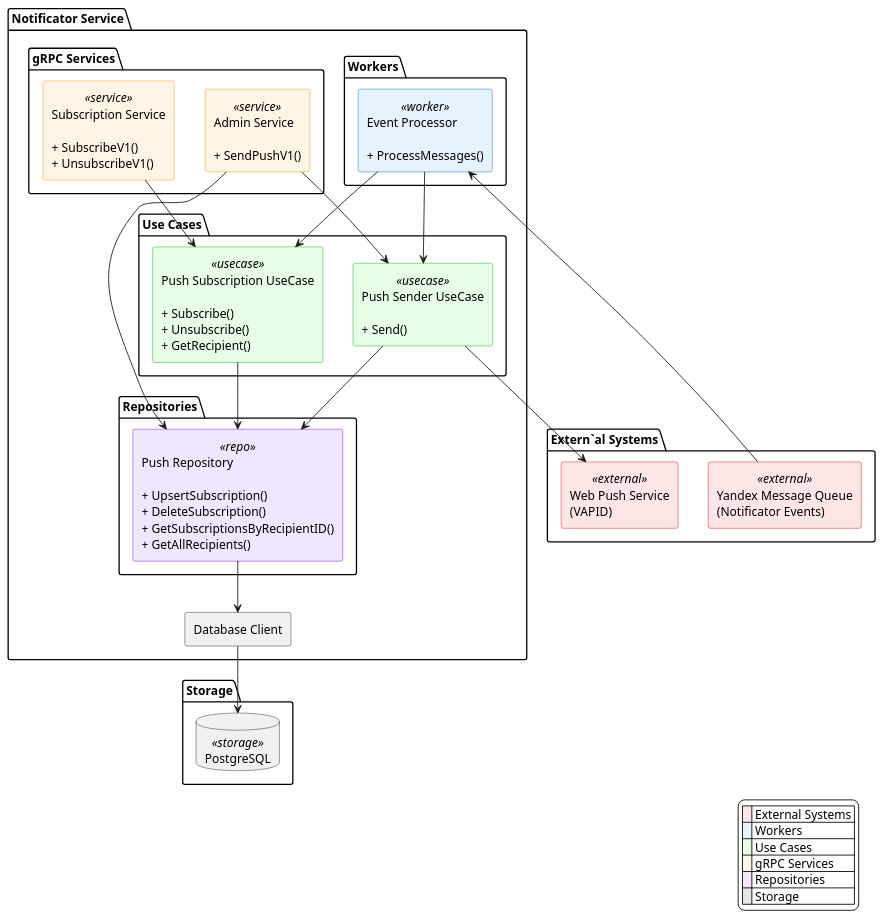
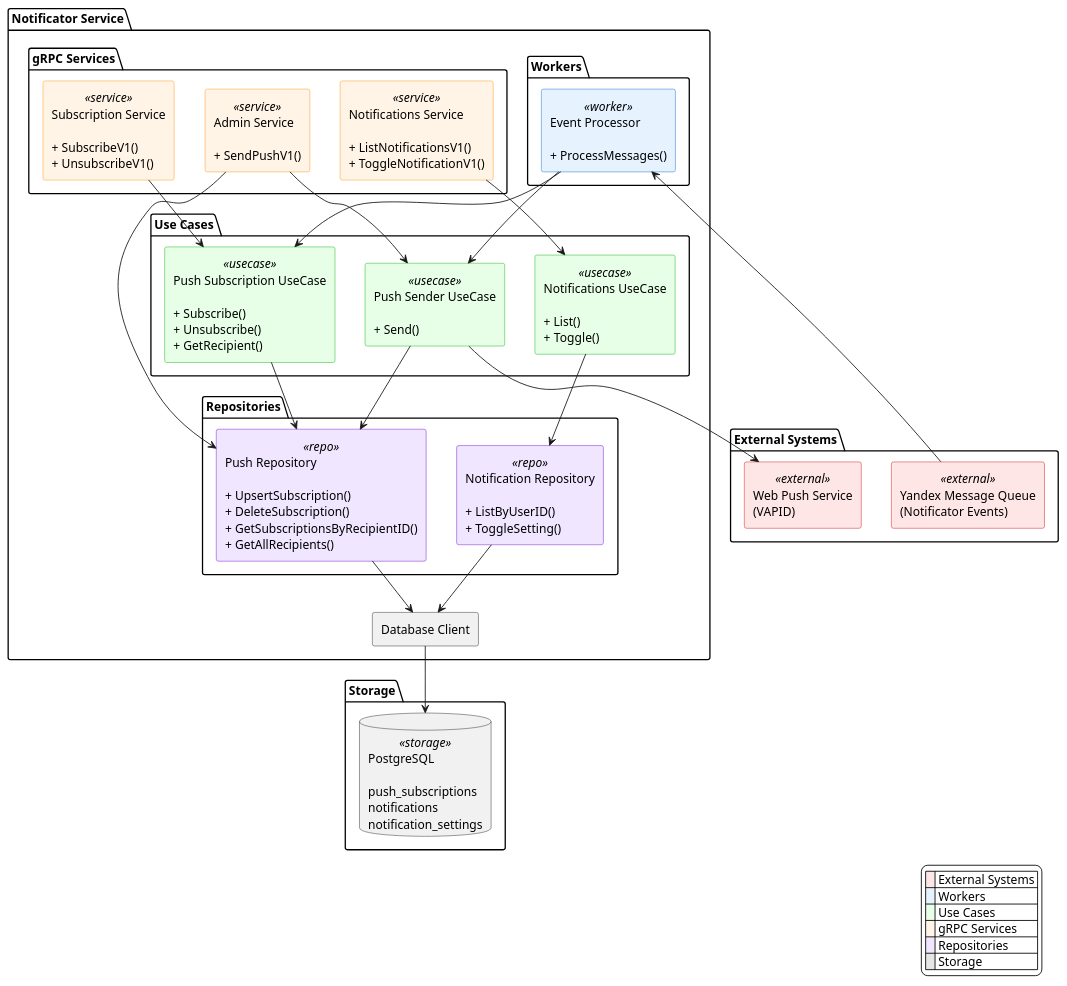
Before and after one commit to Doremi203/personage: the diagram in backend/notificator/architecture.puml, drawn with PlantUML. The commit also changed 14 other files, not shown here.

```diff
--- a/backend/notificator/architecture.puml
+++ b/backend/notificator/architecture.puml
@@ -1,95 +1,101 @@
 @startuml Notificator Service Architecture
 
 ' Styling
 skinparam componentStyle rectangle
 skinparam backgroundColor #FFFFFF
 skinparam component {
     BackgroundColor<<external>> #FFE6E6
     BorderColor<<external>> #CC0000
     BackgroundColor<<worker>> #E6F3FF
     BorderColor<<worker>> #0066CC
     BackgroundColor<<usecase>> #E6FFE6
     BorderColor<<usecase>> #00AA00
     BackgroundColor<<service>> #FFF4E6
     BorderColor<<service>> #FF8C00
     BackgroundColor<<repo>> #F0E6FF
     BorderColor<<repo>> #6600CC
     BackgroundColor<<storage>> #E6E6E6
     BorderColor<<storage>> #666666
 }
 
 ' External Systems
-package "Extern`al Systems" {
+package "External Systems" {
     component "Yandex Message Queue\n(Notificator Events)" as sqs <<external>>
     component "Web Push Service\n(VAPID)" as webpush <<external>>
 }
 
 ' Main Application
 package "Notificator Service" {
 
     ' Workers
     package "Workers" {
         component "Event Processor\n\n+ ProcessMessages()" as events_worker <<worker>>
     }
 
     ' gRPC Services
     package "gRPC Services" {
         component "Subscription Service\n\n+ SubscribeV1()\n+ UnsubscribeV1()" as subscription_service <<service>>
         component "Admin Service\n\n+ SendPushV1()" as admin_service <<service>>
+        component "Notifications Service\n\n+ ListNotificationsV1()\n+ ToggleNotificationV1()" as notifications_service <<service>>
     }
 
     ' Use Cases
     package "Use Cases" {
         component "Push Subscription UseCase\n\n+ Subscribe()\n+ Unsubscribe()\n+ GetRecipient()" as push_subscription_uc <<usecase>>
         component "Push Sender UseCase\n\n+ Send()" as push_sender_uc <<usecase>>
+        component "Notifications UseCase\n\n+ List()\n+ Toggle()" as notifications_uc <<usecase>>
     }
 
     ' Repositories
     package "Repositories" {
         component "Push Repository\n\n+ UpsertSubscription()\n+ DeleteSubscription()\n+ GetSubscriptionsByRecipientID()\n+ GetAllRecipients()" as push_repo <<repo>>
+        component "Notification Repository\n\n+ ListByUserID()\n+ ToggleSetting()" as notification_repo <<repo>>
     }
 
     ' Infrastructure
     component "Database Client" as db_client
 }
 
 ' Storage
 package "Storage" {
-    database "PostgreSQL" as postgres <<storage>>
+    database "PostgreSQL\n\npush_subscriptions\nnotifications\nnotification_settings" as postgres <<storage>>
 }
 
 ' Connections - External to Workers
 sqs --> events_worker
 
 ' Connections - Workers to Use Cases
 events_worker --> push_sender_uc
 events_worker --> push_subscription_uc
 
 ' Connections - gRPC Services to Use Cases
 subscription_service --> push_subscription_uc
 admin_service --> push_sender_uc
 admin_service --> push_repo
+notifications_service --> notifications_uc
 
 ' Connections - Use Cases to Repositories
 push_subscription_uc --> push_repo
 push_sender_uc --> push_repo
+notifications_uc --> notification_repo
 
 ' Connections - Use Cases to External Services
 push_sender_uc --> webpush
 
 ' Connections - Repositories to Database
 push_repo --> db_client
+notification_repo --> db_client
 
 ' Connections - Database Client to Storage
 db_client --> postgres
 
 legend right
   |<#FFE6E6>   | External Systems |
   |<#E6F3FF>   | Workers |
   |<#E6FFE6>   | Use Cases |
   |<#FFF4E6>   | gRPC Services |
   |<#F0E6FF>   | Repositories |
   |<#E6E6E6>   | Storage |
 endlegend
 
 @enduml
```
